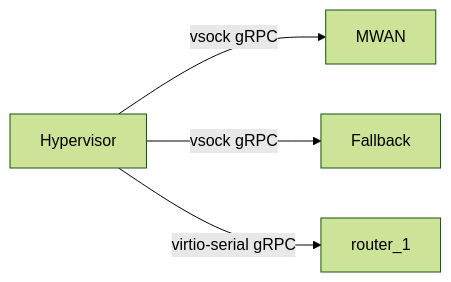
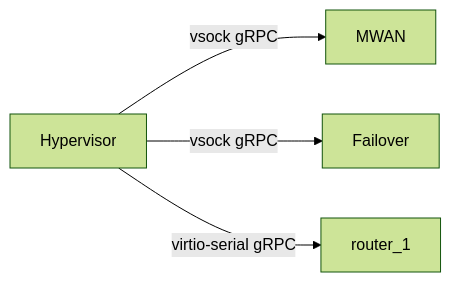
One commit to agoodkind/configs changed the seventh of 10 diagrams in docs/mwan.md. Above: the diagram before and after it, drawn with Mermaid (forest theme). The commit also changed other lines of this file, not shown here.

First line of the commit message:
Rewrite MWAN architecture page as complete spoken sentences (#270)

````diff
--- a/docs/mwan.md
+++ b/docs/mwan.md
@@ -270,10 +315,10 @@
 ```mermaid
 flowchart LR
   host[Hypervisor]
   mwan[MWAN]
-  fb[Fallback]
+  fo[Failover]
   r1[router_1]
   host -->|"vsock gRPC"| mwan
-  host -->|"vsock gRPC"| fb
+  host -->|"vsock gRPC"| fo
   host -->|"virtio-serial gRPC"| r1
 ```
````
